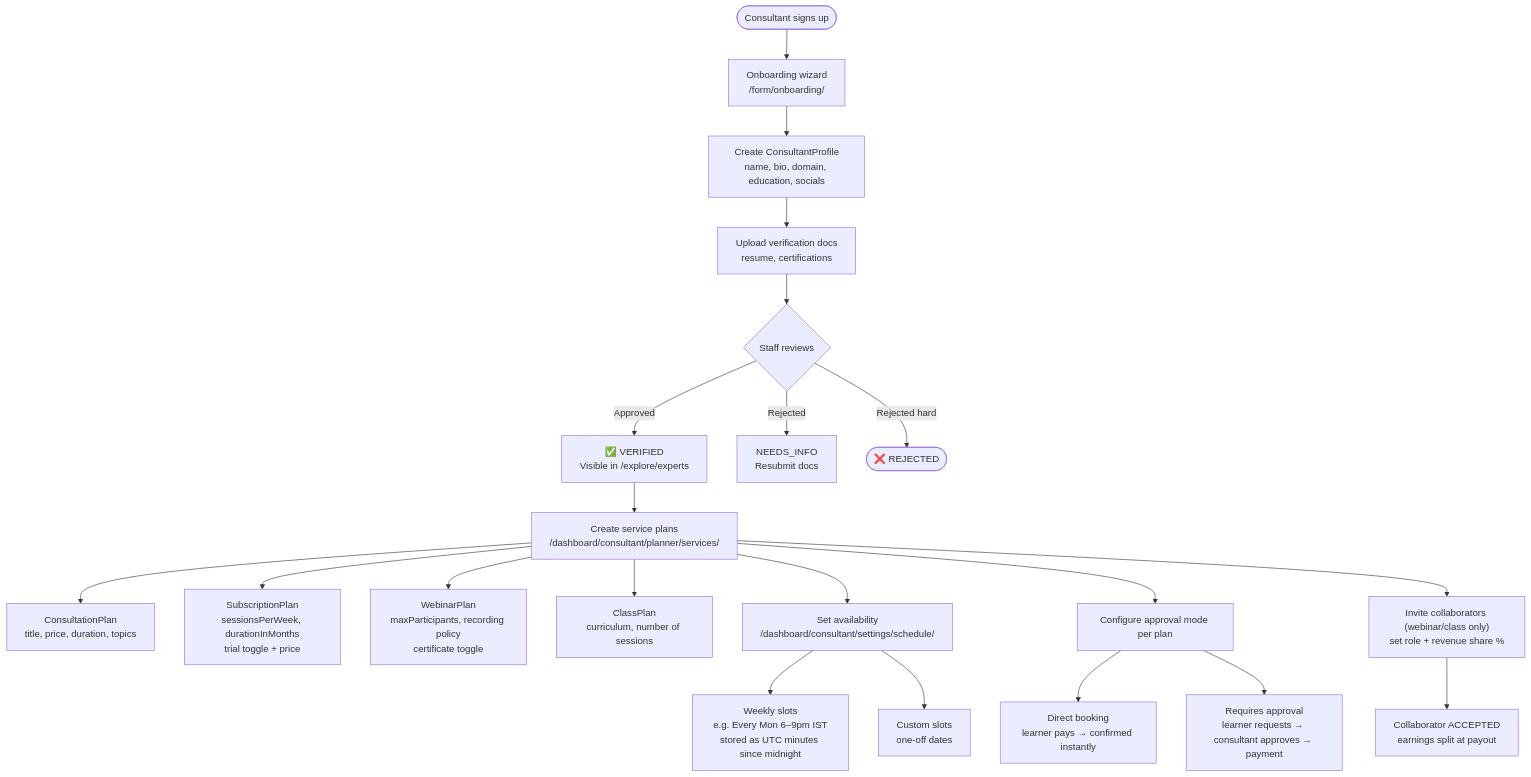
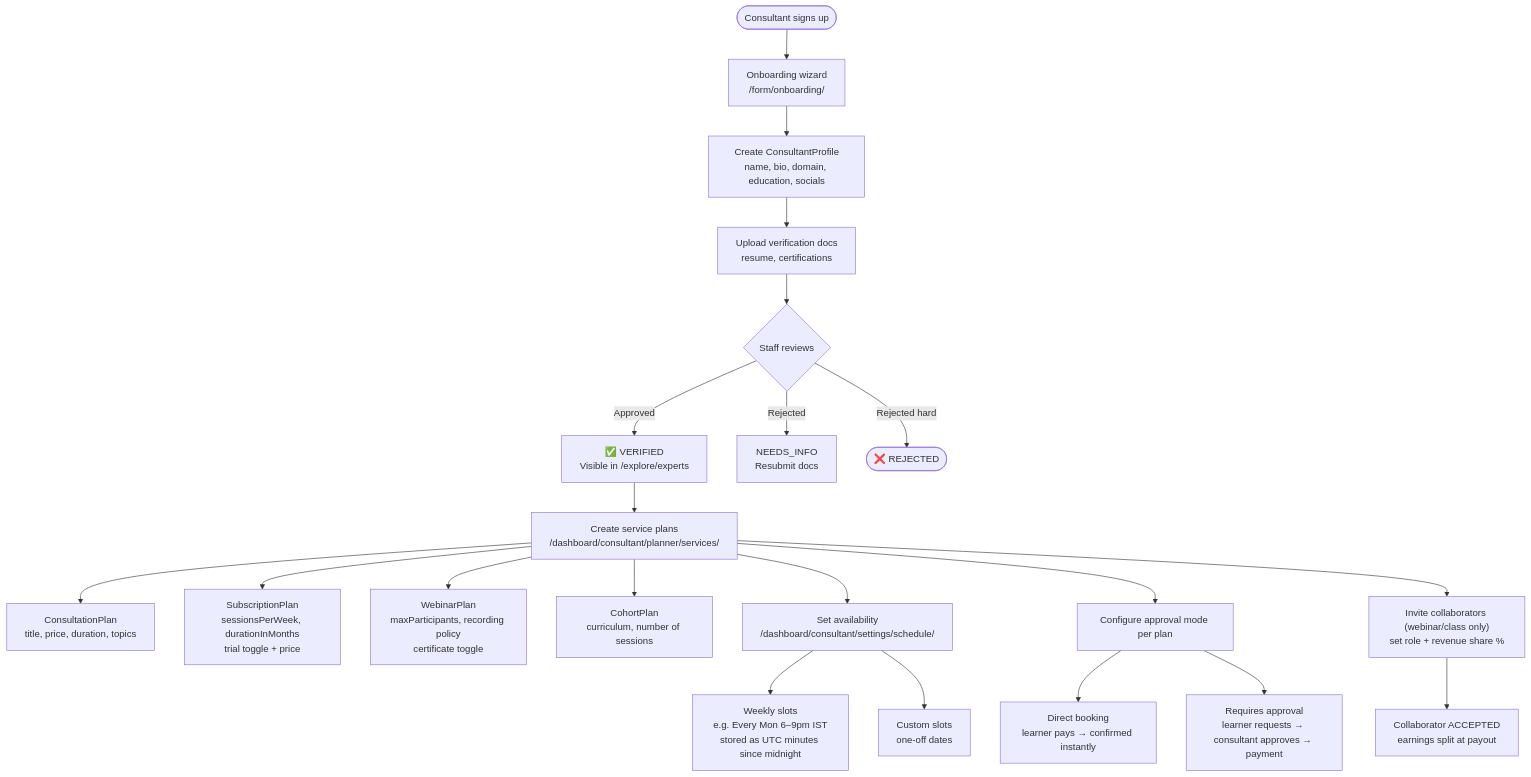
Before and after one commit to Practitionist/familiarise_web: the third of 19 diagrams in docs/architecture/product-flow-map.md, drawn with Mermaid. The commit also changed other lines of this file and 89 other files, not shown here.

````diff
--- a/docs/architecture/product-flow-map.md
+++ b/docs/architecture/product-flow-map.md
@@ -66,27 +66,27 @@
 ```mermaid
 flowchart TD
     Signup([Consultant signs up]) --> Wizard["Onboarding wizard\n/form/onboarding/"]
     Wizard --> Profile["Create ConsultantProfile\nname, bio, domain, education, socials"]
     Profile --> Verify["Upload verification docs\nresume, certifications"]
     Verify --> StaffReview{Staff reviews}
     StaffReview -- Approved --> Verified["✅ VERIFIED\nVisible in /explore/experts"]
     StaffReview -- Rejected --> NeedsInfo["NEEDS_INFO\nResubmit docs"]
     StaffReview -- Rejected hard --> Rejected(["❌ REJECTED"])
 
     Verified --> Plans["Create service plans\n/dashboard/consultant/planner/services/"]
     Plans --> ConsultPlan["ConsultationPlan\ntitle, price, duration, topics"]
     Plans --> SubPlan["SubscriptionPlan\nsessionsPerWeek, durationInMonths\ntrial toggle + price"]
     Plans --> WebinarPlan["WebinarPlan\nmaxParticipants, recording policy\ncertificate toggle"]
-    Plans --> ClassPlan["ClassPlan\ncurriculum, number of sessions"]
+    Plans --> CohortPlan["CohortPlan\ncurriculum, number of sessions"]
 
     Plans --> Availability["Set availability\n/dashboard/consultant/settings/schedule/"]
     Availability --> Weekly["Weekly slots\ne.g. Every Mon 6–9pm IST\nstored as UTC minutes since midnight"]
     Availability --> Custom["Custom slots\none-off dates"]
 
     Plans --> ApprovalMode["Configure approval mode per plan"]
     ApprovalMode --> Direct["Direct booking\nlearner pays → confirmed instantly"]
     ApprovalMode --> NeedsApproval["Requires approval\nlearner requests → consultant approves → payment"]
 
     Plans --> CollabInvite["Invite collaborators (webinar/class only)\nset role + revenue share %"]
     CollabInvite --> CollabAccepts["Collaborator ACCEPTED\nearnings split at payout"]
 ```
````
